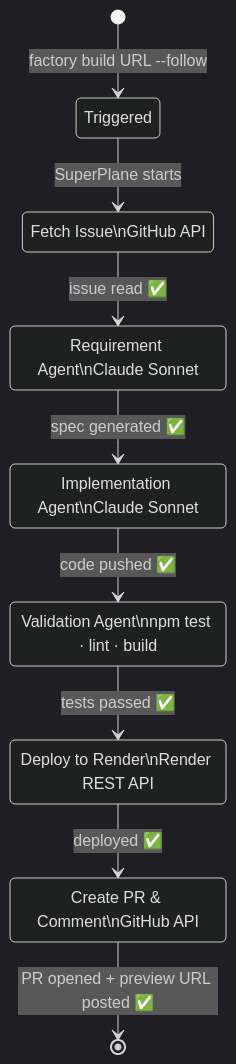
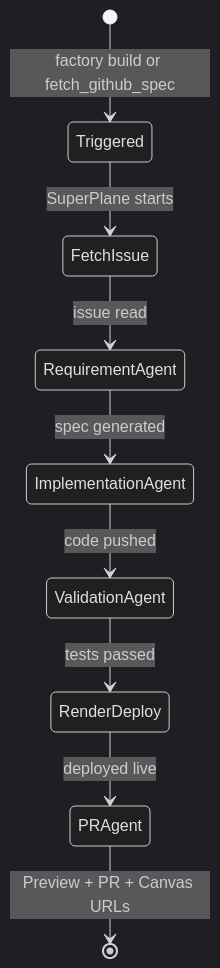
The third of 3 diagrams in README.md (hongchengw/superplane-render-nyc-hack), drawn with Mermaid (dark theme) before and after one commit. The commit also changed other lines of this file, not shown here.

Commit message:
docs: complete README rewrite — mermaid.ink images for npm, native Mermaid for GitHub, accurate 3-URL output docs

````diff
--- a/README.md
+++ b/README.md
@@ -353,18 +109,11 @@
 ```mermaid
 stateDiagram-v2
-    [*] --> Triggered : factory build URL --follow
+    [*] --> Triggered : factory build or fetch_github_spec
     Triggered --> FetchIssue : SuperPlane starts
-    FetchIssue --> RequirementAgent : issue read ✅
-    RequirementAgent --> ImplementationAgent : spec generated ✅
-    ImplementationAgent --> ValidationAgent : code pushed ✅
-    ValidationAgent --> RenderDeploy : tests passed ✅
-    RenderDeploy --> PRAgent : deployed ✅
-    PRAgent --> [*] : PR opened + preview URL posted ✅
-
-    FetchIssue : Fetch Issue\nGitHub API
-    RequirementAgent : Requirement Agent\nClaude Sonnet
-    ImplementationAgent : Implementation Agent\nClaude Sonnet
-    ValidationAgent : Validation Agent\nnpm test · lint · build
-    RenderDeploy : Deploy to Render\nRender REST API
-    PRAgent : Create PR & Comment\nGitHub API
+    FetchIssue --> RequirementAgent : issue read
+    RequirementAgent --> ImplementationAgent : spec generated
+    ImplementationAgent --> ValidationAgent : code pushed
+    ValidationAgent --> RenderDeploy : tests passed
+    RenderDeploy --> PRAgent : deployed live
+    PRAgent --> [*] : Preview + PR + Canvas URLs
 ```
````
